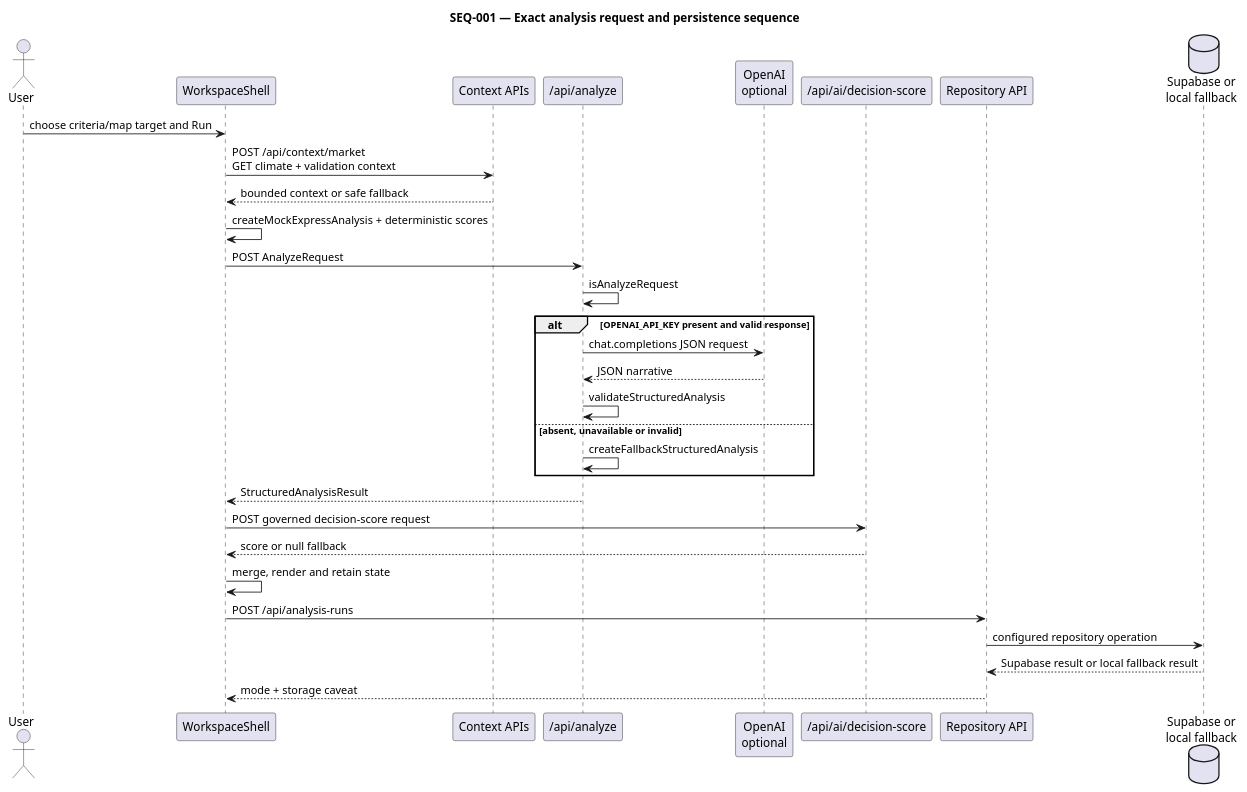
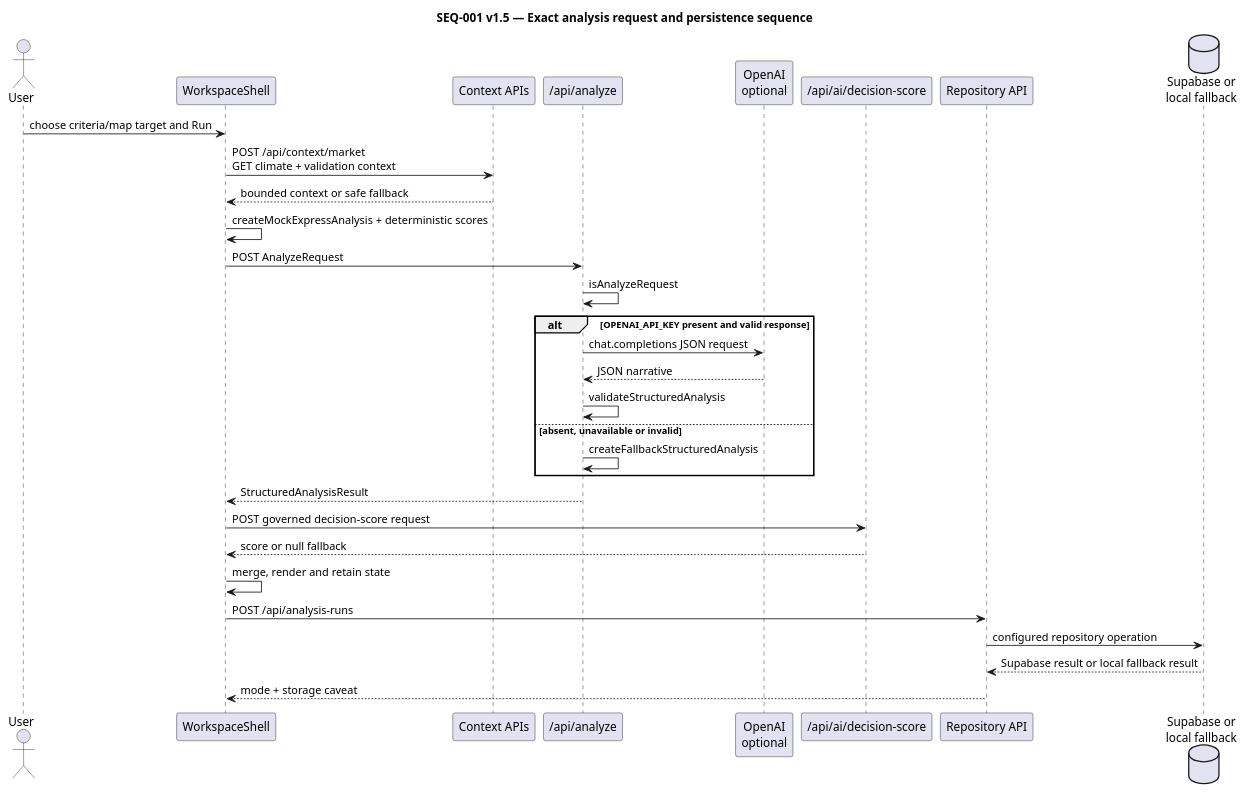
One commit to mmgolikov/geoai-mvp changed the diagram in docs/artifacts/sequence/SEQ-001-analysis-request-sequence.puml. Above: the diagram before and after it, drawn with PlantUML. The commit also changed 30 other files, not shown here.

Commit message:
docs: preserve controlled architecture versions

```diff
--- a/docs/artifacts/sequence/SEQ-001-analysis-request-sequence.puml
+++ b/docs/artifacts/sequence/SEQ-001-analysis-request-sequence.puml
@@ -1,37 +1,37 @@
 @startuml SEQ-001
-title SEQ-001 — Exact analysis request and persistence sequence
+title SEQ-001 v1.5 — Exact analysis request and persistence sequence
 skinparam backgroundColor #FFFFFF
 skinparam shadowing false
 skinparam defaultFontName Arial
 
 actor User
 participant "WorkspaceShell" as Workspace
 participant "Context APIs" as Context
 participant "/api/analyze" as Analyze
 participant "OpenAI\noptional" as OpenAI
 participant "/api/ai/decision-score" as Score
 participant "Repository API" as Repository
 database "Supabase or\nlocal fallback" as Store
 
 User -> Workspace : choose criteria/map target and Run
 Workspace -> Context : POST /api/context/market\nGET climate + validation context
 Context --> Workspace : bounded context or safe fallback
 Workspace -> Workspace : createMockExpressAnalysis + deterministic scores
 Workspace -> Analyze : POST AnalyzeRequest
 Analyze -> Analyze : isAnalyzeRequest
 alt OPENAI_API_KEY present and valid response
   Analyze -> OpenAI : chat.completions JSON request
   OpenAI --> Analyze : JSON narrative
   Analyze -> Analyze : validateStructuredAnalysis
 else absent, unavailable or invalid
   Analyze -> Analyze : createFallbackStructuredAnalysis
 end
 Analyze --> Workspace : StructuredAnalysisResult
 Workspace -> Score : POST governed decision-score request
 Score --> Workspace : score or null fallback
 Workspace -> Workspace : merge, render and retain state
 Workspace -> Repository : POST /api/analysis-runs
 Repository -> Store : configured repository operation
 Store --> Repository : Supabase result or local fallback result
 Repository --> Workspace : mode + storage caveat
 @enduml
```
